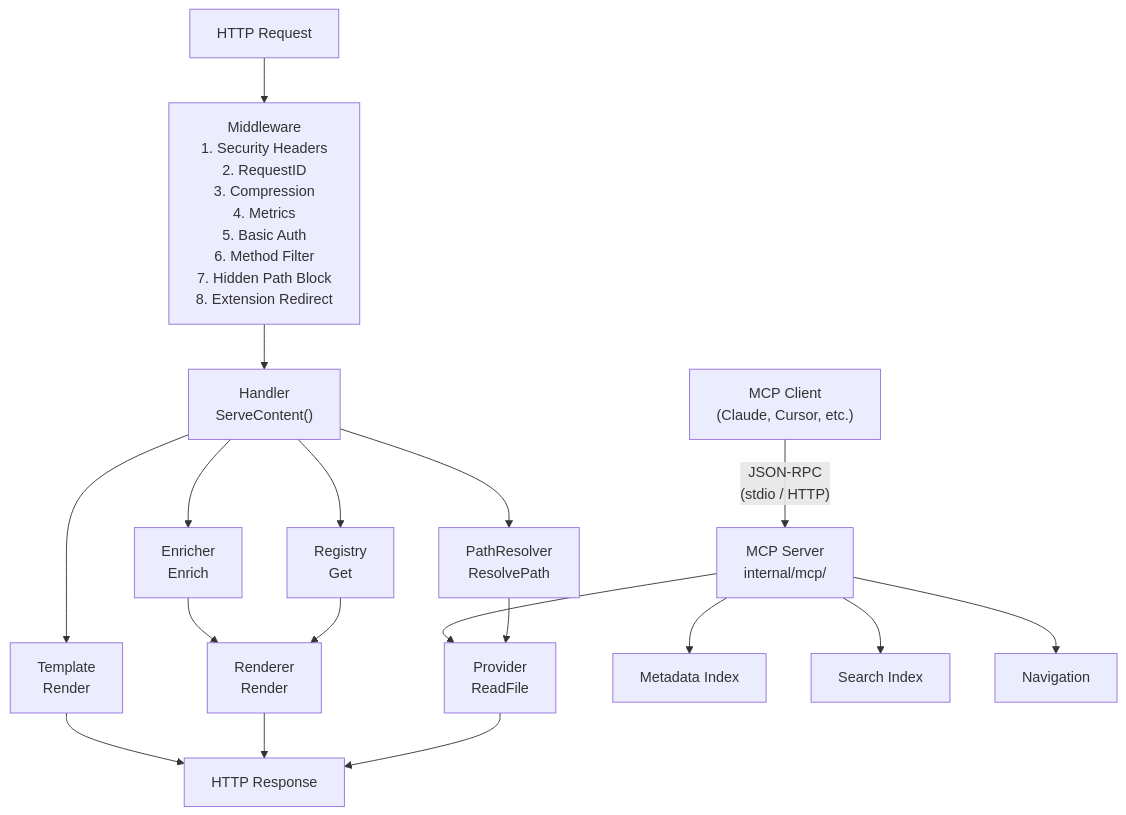
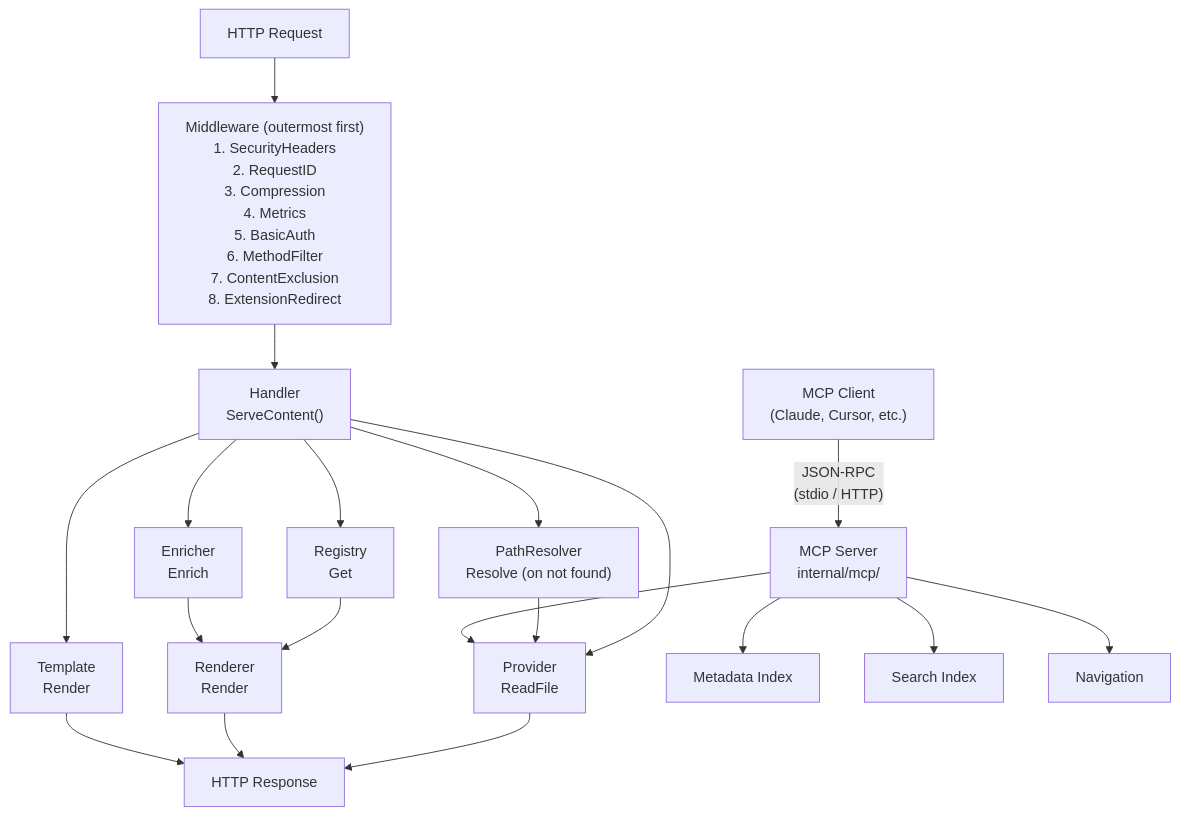
The first of 3 diagrams in docs/architecture.md (monolithiclab/gomddoc), drawn with Mermaid before and after one commit. The commit also changed other lines of this file and 7 other files, not shown here.

Commit message:
docs: bring architecture, decisions, roadmap, README and CLAUDE.md up to date

````diff
--- a/docs/architecture.md
+++ b/docs/architecture.md
@@ -17,21 +17,22 @@
 ```mermaid
 graph TD
-    A[HTTP Request] --> B["Middleware<br/>1. Security Headers<br/>2. RequestID<br/>3. Compression<br/>4. Metrics<br/>5. Basic Auth<br/>6. Method Filter<br/>7. Hidden Path Block<br/>8. Extension Redirect"]
+    A[HTTP Request] --> B["Middleware (outermost first)<br/>1. SecurityHeaders<br/>2. RequestID<br/>3. Compression<br/>4. Metrics<br/>5. BasicAuth<br/>6. MethodFilter<br/>7. ContentExclusion<br/>8. ExtensionRedirect"]
     B --> C["Handler<br/>ServeContent()"]
-    C --> RES["PathResolver<br/>ResolvePath"]
-    RES --> D["Provider<br/>ReadFile"]
+    C --> D["Provider<br/>ReadFile"]
+    C --> RES["PathResolver<br/>Resolve (on not found)"]
+    RES --> D
+    C --> E["Registry<br/>Get"]
     C --> EN["Enricher<br/>Enrich"]
-    C --> E["Registry<br/>Get"]
     C --> F["Template<br/>Render"]
     E --> G["Renderer<br/>Render"]
     D --> H[HTTP Response]
     EN --> G
     G --> H
     F --> H
 
     MCP["MCP Client<br/>(Claude, Cursor, etc.)"] -->|"JSON-RPC<br/>(stdio / HTTP)"| MCPS["MCP Server<br/>internal/mcp/"]
     MCPS --> D
     MCPS --> MI["Metadata Index"]
     MCPS --> SI["Search Index"]
     MCPS --> NAV["Navigation"]
 ```
````
